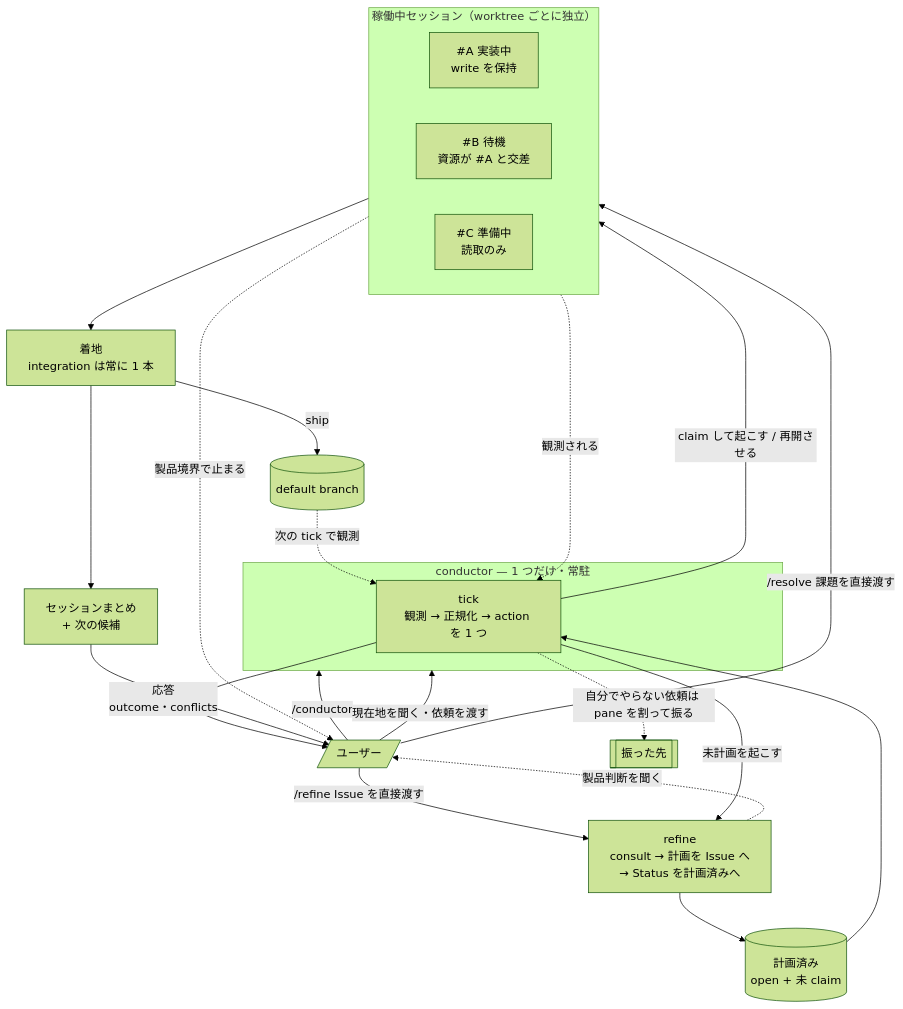
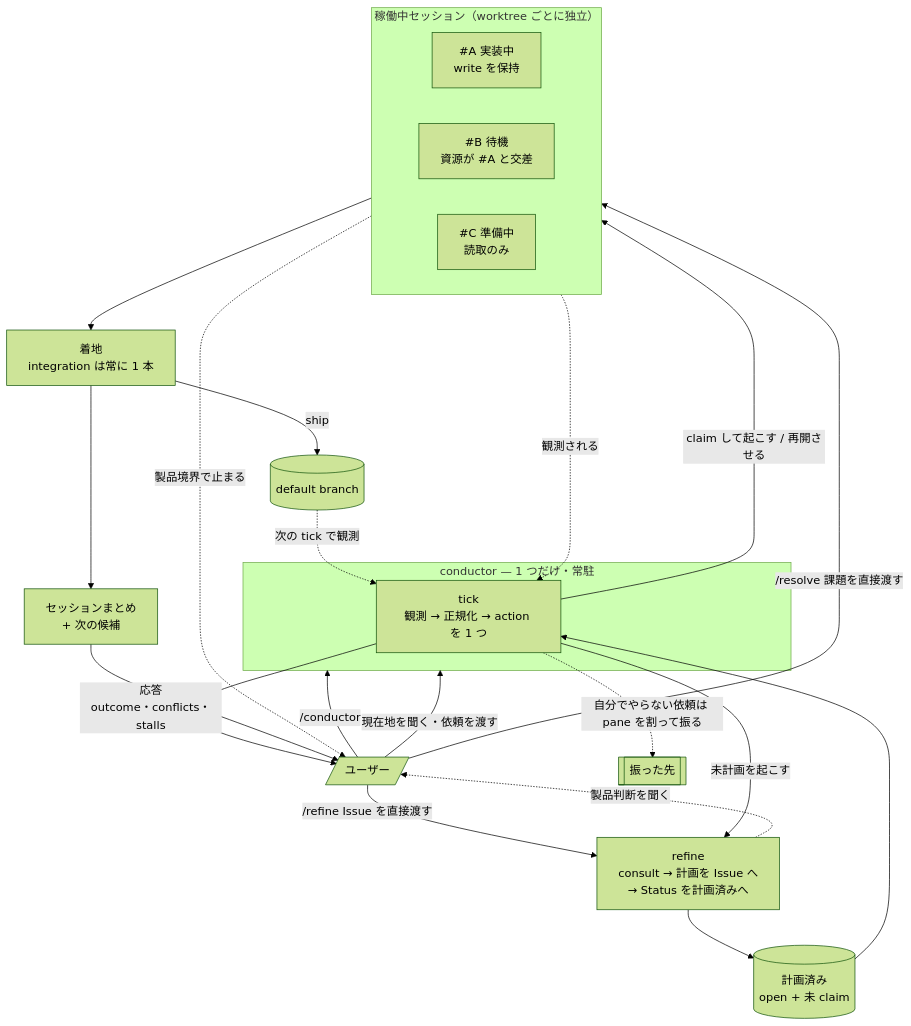
The diagram in agents/docs/README.md (usagizmo/agentfiles), drawn with Mermaid (forest theme) before and after one commit. The commit also changed other lines of this file and 6 other files, not shown here.

````diff
--- a/agents/docs/README.md
+++ b/agents/docs/README.md
@@ -25,34 +25,34 @@
 ```mermaid
 flowchart TB
     U[/ユーザー/] -->|/conductor| AP
     U -->|現在地を聞く・依頼を渡す| AP
     U -->|/resolve 課題を直接渡す| RUN
     U -->|/refine Issue を直接渡す| G
 
     subgraph AP["conductor — 1 つだけ・常駐"]
         TICK["tick<br/>観測 → 正規化 → action を 1 つ"]
     end
 
-    TICK -->|応答<br/>outcome・conflicts| U
+    TICK -->|応答<br/>outcome・conflicts・stalls| U
     TICK -.自分でやらない依頼は pane を割って振る.-> DEL[["振った先"]]
 
     TICK -->|未計画を起こす| G["refine<br/>consult → 計画を Issue へ<br/>→ Status を計画済みへ"]
     G --> Q[("計画済み<br/>open + 未 claim")]
     Q --> TICK
 
     subgraph RUN["稼働中セッション（worktree ごとに独立）"]
         direction LR
         SA["#A 実装中<br/>write を保持"]
         SB["#B 待機<br/>資源が #A と交差"]
         SC["#C 準備中<br/>読取のみ"]
     end
 
     TICK -->|claim して起こす / 再開させる| RUN
     RUN -.観測される.-> TICK
     SA --> LAND["着地<br/>integration は常に 1 本"]
     LAND -->|ship| MAIN[(default branch)]
     MAIN -.次の tick で観測.-> TICK
     LAND --> RP[セッションまとめ<br/>+ 次の候補] --> U
     G -.製品判断を聞く.-> U
     RUN -.製品境界で止まる.-> U
 ```
````
